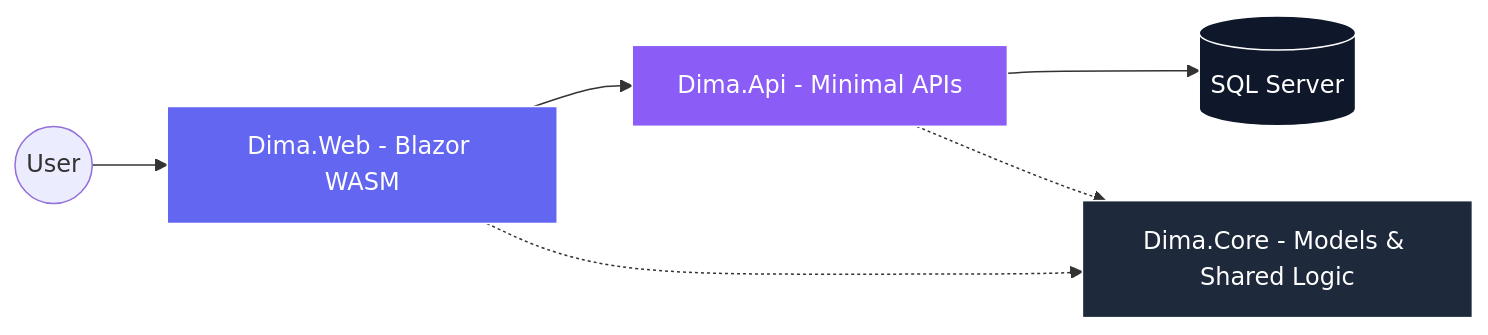
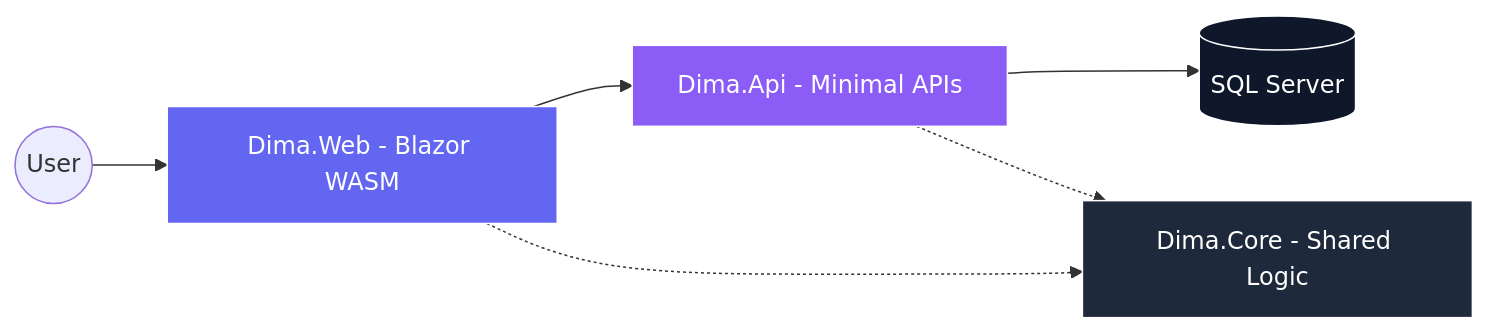
Before and after one commit to israelanacleto/DIMA: the diagram in README.md, drawn with Mermaid. The commit also changed other lines of this file, not shown here.

````diff
--- a/README.md
+++ b/README.md
@@ -73,12 +68,12 @@
 ```mermaid
 graph LR
     User((User)) --> Web[Dima.Web - Blazor WASM]
     Web --> API[Dima.Api - Minimal APIs]
     API --> DB[(SQL Server)]
-    Web & API -.-> Core[Dima.Core - Models & Shared Logic]
+    Web & API -.-> Core[Dima.Core - Shared Logic]
     
     style Web fill:#6366F1,stroke:#fff,color:#fff
     style API fill:#8B5CF6,stroke:#fff,color:#fff
     style Core fill:#1E293B,stroke:#fff,color:#fff
     style DB fill:#0F172A,stroke:#fff,color:#fff
 ```
````
